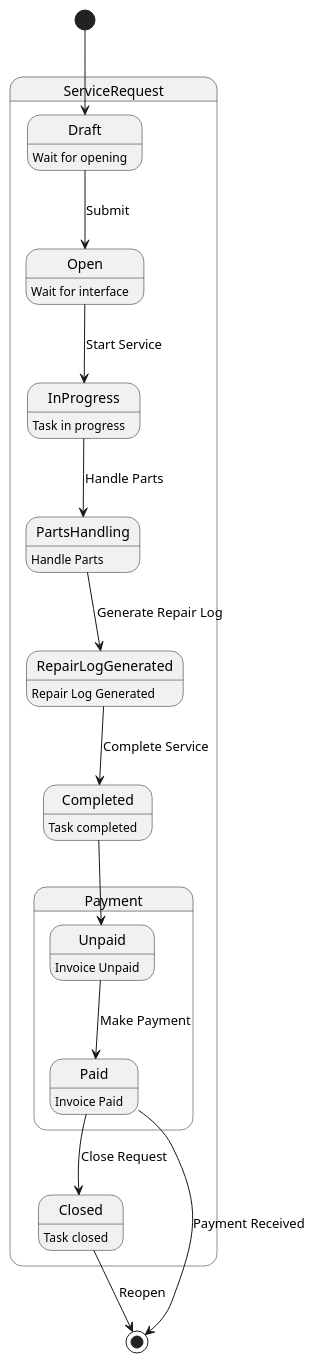
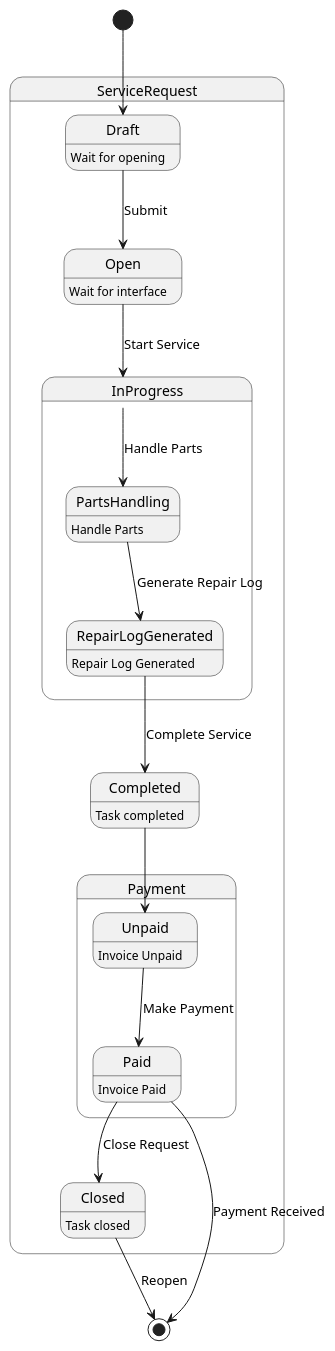
Before and after one commit to Fluorky/Computer-Service-Django-Api: the diagram in umlDiagrams/computer_service_state_diagram.plantuml, drawn with PlantUML. The commit also changed 8 other files, not shown here.

Commit message:
Correction of umldiagrams

```diff
--- a/umlDiagrams/computer_service_state_diagram.plantuml
+++ b/umlDiagrams/computer_service_state_diagram.plantuml
@@ -1,30 +1,32 @@
 @startuml
 
 state ServiceRequest {
   state Draft : Wait for opening
   state Open : Wait for interface 
   state Payment {
     Unpaid: Invoice Unpaid
     Paid : Invoice Paid
   }
-  state InProgress : Task in progress
-  state PartsHandling : Handle Parts
-  state RepairLogGenerated : Repair Log Generated
+  state InProgress {
+  PartsHandling : Handle Parts
+  RepairLogGenerated : Repair Log Generated
+  }
   state Completed : Task completed
+  
   state Closed : Task closed
 }
 
 [*] --> Draft
 Draft --> Open: Submit
 Open --> InProgress: Start Service
 InProgress --> PartsHandling: Handle Parts
 PartsHandling --> RepairLogGenerated: Generate Repair Log
 RepairLogGenerated --> Completed: Complete Service
 Completed --> Unpaid
 Paid --> Closed: Close Request
 Closed --> [*]: Reopen
 
 Unpaid --> Paid: Make Payment
 Paid --> [*]: Payment Received
 
 @enduml
```
